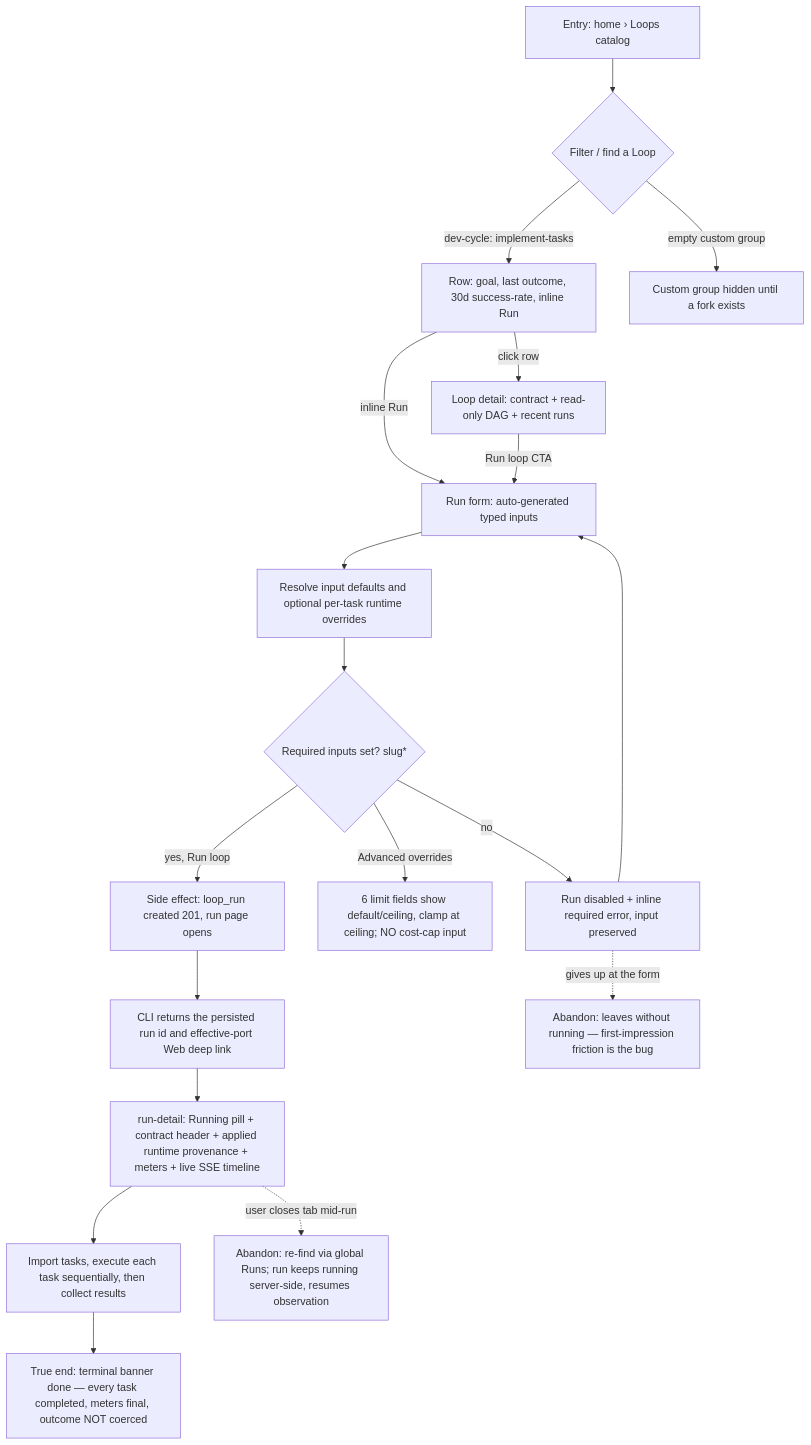
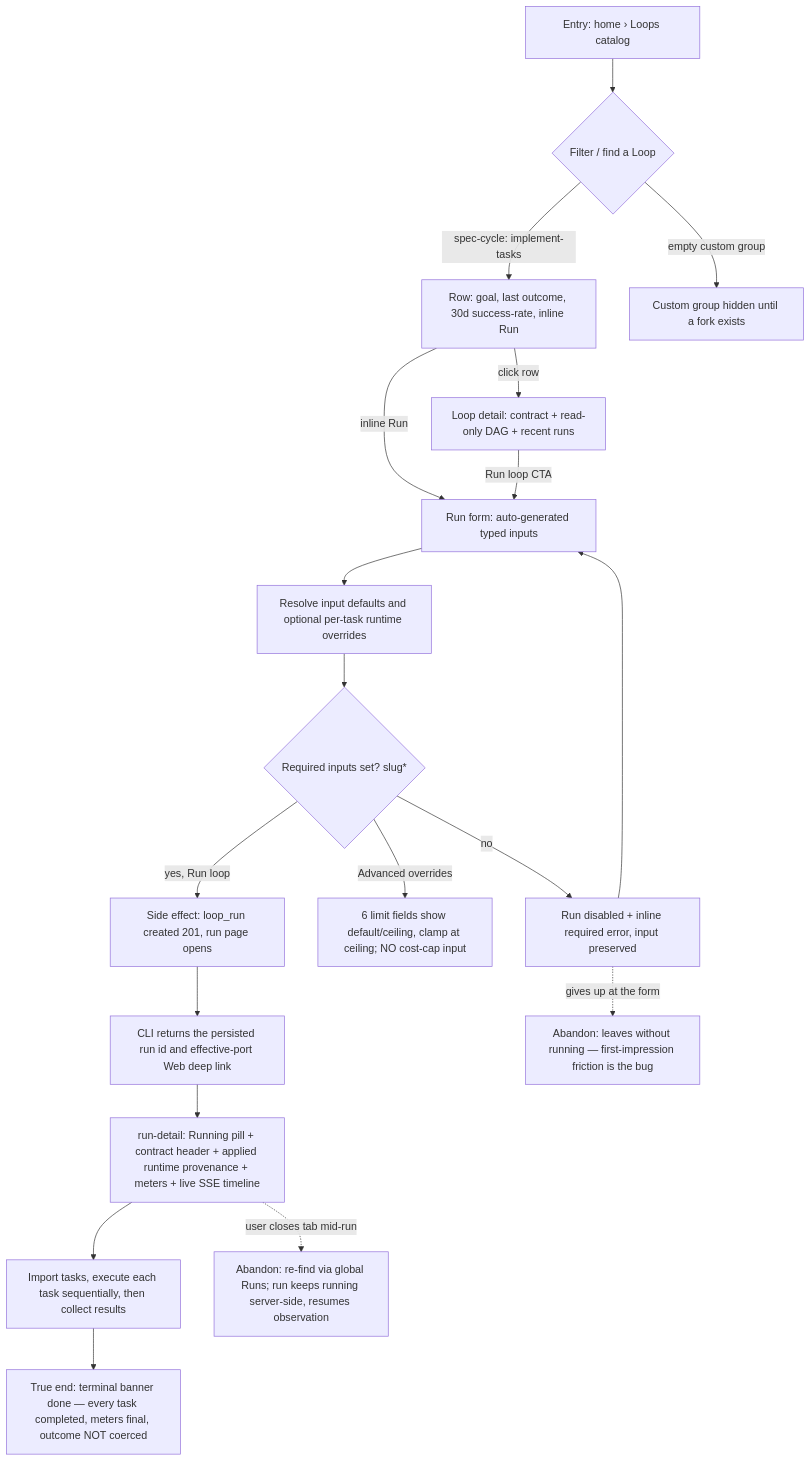
Before and after one commit to compozy/compozy: the diagram in docs/qa/journeys/J-01-arrive-and-use-run.md, drawn with Mermaid. The commit also changed other lines of this file and 185 other files, not shown here.

Commit message:
refactor: change dev-cycle extension

````diff
--- a/docs/qa/journeys/J-01-arrive-and-use-run.md
+++ b/docs/qa/journeys/J-01-arrive-and-use-run.md
@@ -9,21 +9,21 @@
 ```mermaid
 flowchart TD
     A[Entry: home › Loops catalog] --> B{Filter / find a Loop}
-    B -->|dev-cycle: implement-tasks| C[Row: goal, last outcome, 30d success-rate, inline Run]
+    B -->|spec-cycle: implement-tasks| C[Row: goal, last outcome, 30d success-rate, inline Run]
     B -->|empty custom group| B2[Custom group hidden until a fork exists]
     C -->|click row| D[Loop detail: contract + read-only DAG + recent runs]
     C -->|inline Run| E[Run form: auto-generated typed inputs]
     D -->|Run loop CTA| E
     E --> R[Resolve input defaults and optional per-task runtime overrides]
     R --> F{Required inputs set? slug*}
     F -->|no| F2[Run disabled + inline required error, input preserved]
     F2 --> E
     F -->|Advanced overrides| G[6 limit fields show default/ceiling, clamp at ceiling; NO cost-cap input]
     F -->|yes, Run loop| H[Side effect: loop_run created 201, run page opens]
     H --> H2[CLI returns the persisted run id and effective-port Web deep link]
     H2 --> I[run-detail: Running pill + contract header + applied runtime provenance + meters + live SSE timeline]
     I --> J[Import tasks, execute each task sequentially, then collect results]
     J --> K[True end: terminal banner done — every task completed, meters final, outcome NOT coerced]
     I -.->|user closes tab mid-run| X1[Abandon: re-find via global Runs; run keeps running server-side, resumes observation]
     F2 -.->|gives up at the form| X2[Abandon: leaves without running — first-impression friction is the bug]
 ```
````
